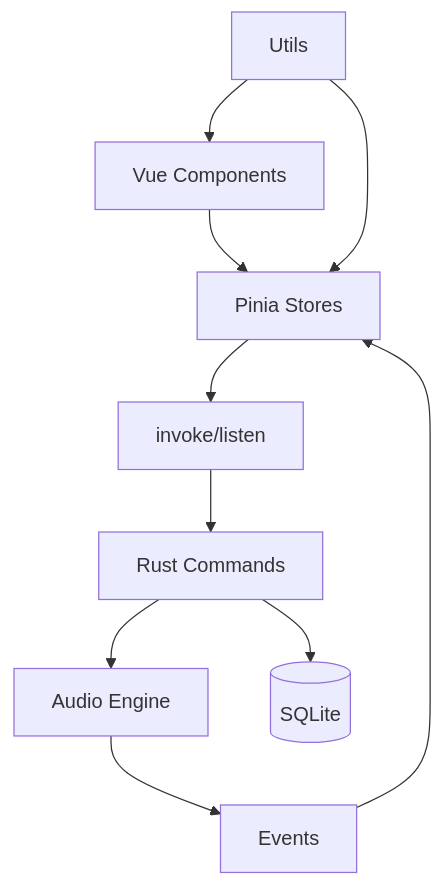
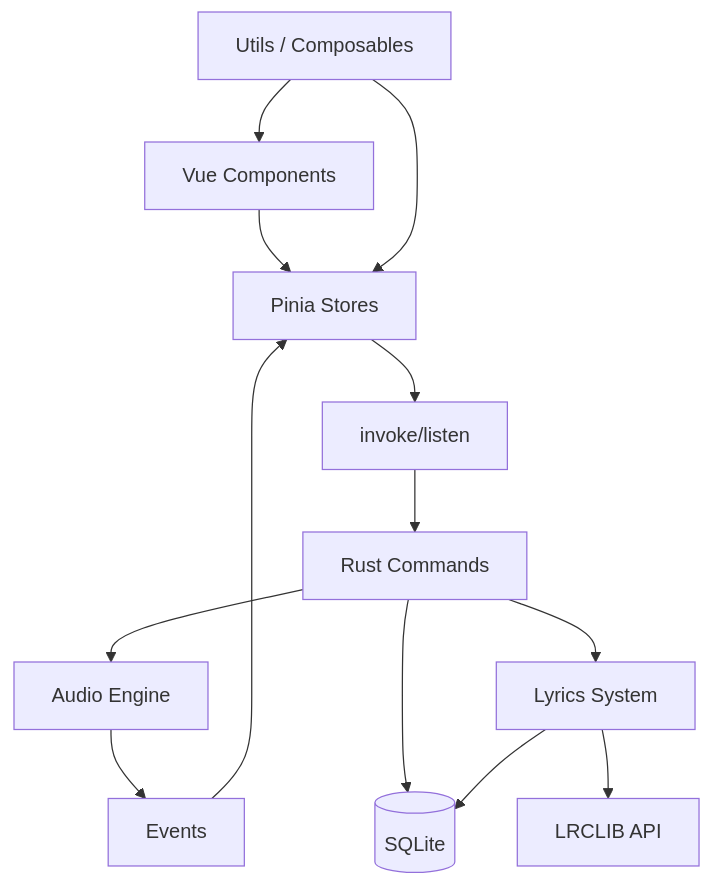
One commit to shawicx/scx-music changed the diagram in .wiki/architecture.md. Above: the diagram before and after it, drawn with Mermaid. The commit also changed other lines of this file and 8 other files, not shown here.

````diff
--- a/.wiki/architecture.md
+++ b/.wiki/architecture.md
@@ -37,12 +51,15 @@
 ```mermaid
 graph TB
     UI[Vue Components] --> STORES[Pinia Stores]
     STORES --> IPC[invoke/listen]
     IPC --> CMDS[Rust Commands]
     CMDS --> AUDIO[Audio Engine]
     CMDS --> DB[(SQLite)]
+    CMDS --> LYRICS[Lyrics System]
     AUDIO --> EVENTS[Events]
     EVENTS --> STORES
-    UTILS[Utils] --> STORES
+    UTILS[Utils / Composables] --> STORES
     UTILS --> UI
+    LYRICS --> LRCLIB[LRCLIB API]
+    LYRICS --> DB
 ```
````
